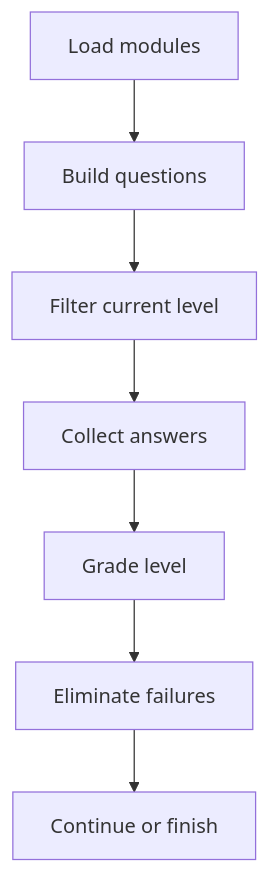
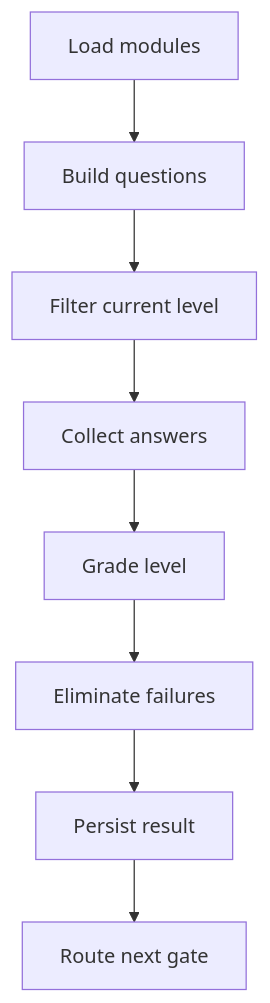
One commit to JohnAndrewBalbarosa/NeoTerritory changed the first of 2 diagrams in docs/Codebase/Frontend/src/components/learn/LearningAssessmentPage.tsx.md. Above: the diagram before and after it, drawn with Mermaid. The commit also changed other lines of this file and 39 other files, not shown here.

````diff
--- a/docs/Codebase/Frontend/src/components/learn/LearningAssessmentPage.tsx.md
+++ b/docs/Codebase/Frontend/src/components/learn/LearningAssessmentPage.tsx.md
@@ -13,9 +13,10 @@
 ```mermaid
 flowchart TD
     A[Load modules] --> B[Build questions]
     B --> C[Filter current level]
     C --> D[Collect answers]
     D --> E[Grade level]
     E --> F[Eliminate failures]
-    F --> G[Continue or finish]
+    F --> G[Persist result]
+    G --> H[Route next gate]
 ```
````
